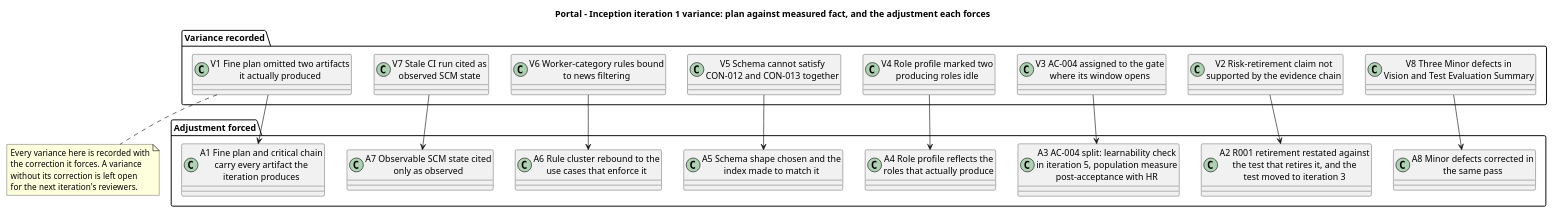
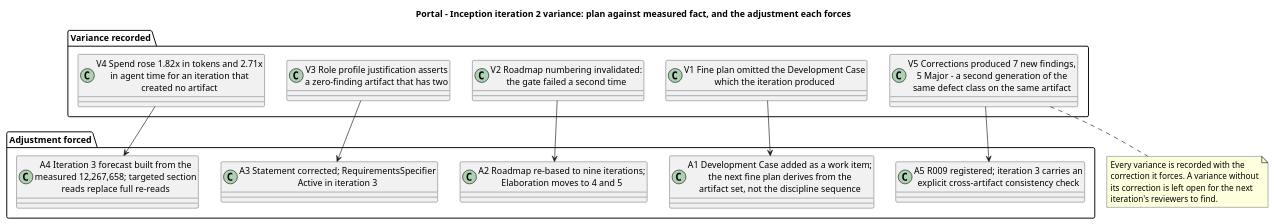
Before and after one commit to banense-test/portal: the fourth of 5 diagrams in docs/artifacts/project-management/iteration-assessment.md, drawn with PlantUML. The commit also changed other lines of this file, not shown here.

First line of the commit message:
Project Manager [I2]: upsert Iteration Assessment

````diff
--- a/docs/artifacts/project-management/iteration-assessment.md
+++ b/docs/artifacts/project-management/iteration-assessment.md
@@ -163,43 +163,34 @@
 ```plantuml
 @startuml
-title Portal - Inception iteration 1 variance: plan against measured fact, and the adjustment each forces
+title Portal - Inception iteration 2 variance: plan against measured fact, and the adjustment each forces
 
 package "Variance recorded" {
-  class "V1 Fine plan omitted two artifacts\nit actually produced" as V1
-  class "V2 Risk-retirement claim not\nsupported by the evidence chain" as V2
-  class "V3 AC-004 assigned to the gate\nwhere its window opens" as V3
-  class "V4 Role profile marked two\nproducing roles idle" as V4
-  class "V5 Schema cannot satisfy\nCON-012 and CON-013 together" as V5
-  class "V6 Worker-category rules bound\nto news filtering" as V6
-  class "V7 Stale CI run cited as\nobserved SCM state" as V7
-  class "V8 Three Minor defects in\nVision and Test Evaluation Summary" as V8
+  class "V1 Fine plan omitted the Development Case\nwhich the iteration produced" as V1
+  class "V2 Roadmap numbering invalidated:\nthe gate failed a second time" as V2
+  class "V3 Role profile justification asserts\na zero-finding artifact that has two" as V3
+  class "V4 Spend rose 1.82x in tokens and 2.71x\nin agent time for an iteration that\ncreated no artifact" as V4
+  class "V5 Corrections produced 7 new findings,\n5 Major - a second generation of the\nsame defect class on the same artifact" as V5
 }
 
 package "Adjustment forced" {
-  class "A1 Fine plan and critical chain\ncarry every artifact the\niteration produces" as A1
-  class "A2 R001 retirement restated against\nthe test that retires it, and the\ntest moved to iteration 3" as A2
-  class "A3 AC-004 split: learnability check\nin iteration 5, population measure\npost-acceptance with HR" as A3
-  class "A4 Role profile reflects the\nroles that actually produce" as A4
-  class "A5 Schema shape chosen and the\nindex made to match it" as A5
-  class "A6 Rule cluster rebound to the\nuse cases that enforce it" as A6
-  class "A7 Observable SCM state cited\nonly as observed" as A7
-  class "A8 Minor defects corrected in\nthe same pass" as A8
+  class "A1 Development Case added as a work item;\nthe next fine plan derives from the\nartifact set, not the discipline sequence" as A1
+  class "A2 Roadmap re-based to nine iterations;\nElaboration moves to 4 and 5" as A2
+  class "A3 Statement corrected; RequirementsSpecifier\nActive in iteration 3" as A3
+  class "A4 Iteration 3 forecast built from the\nmeasured 12,267,658; targeted section\nreads replace full re-reads" as A4
+  class "A5 R009 registered; iteration 3 carries an\nexplicit cross-artifact consistency check" as A5
 }
 
 V1 --> A1
 V2 --> A2
 V3 --> A3
 V4 --> A4
 V5 --> A5
-V6 --> A6
-V7 --> A7
-V8 --> A8
 
-note bottom of V1
-  Every variance here is recorded with
-  the correction it forces. A variance
-  without its correction is left open
-  for the next iteration's reviewers.
+note bottom of V5
+  Every variance is recorded with the
+  correction it forces. A variance without
+  its correction is left open for the next
+  iteration's reviewers to find.
 end note
 @enduml
 ```
````
